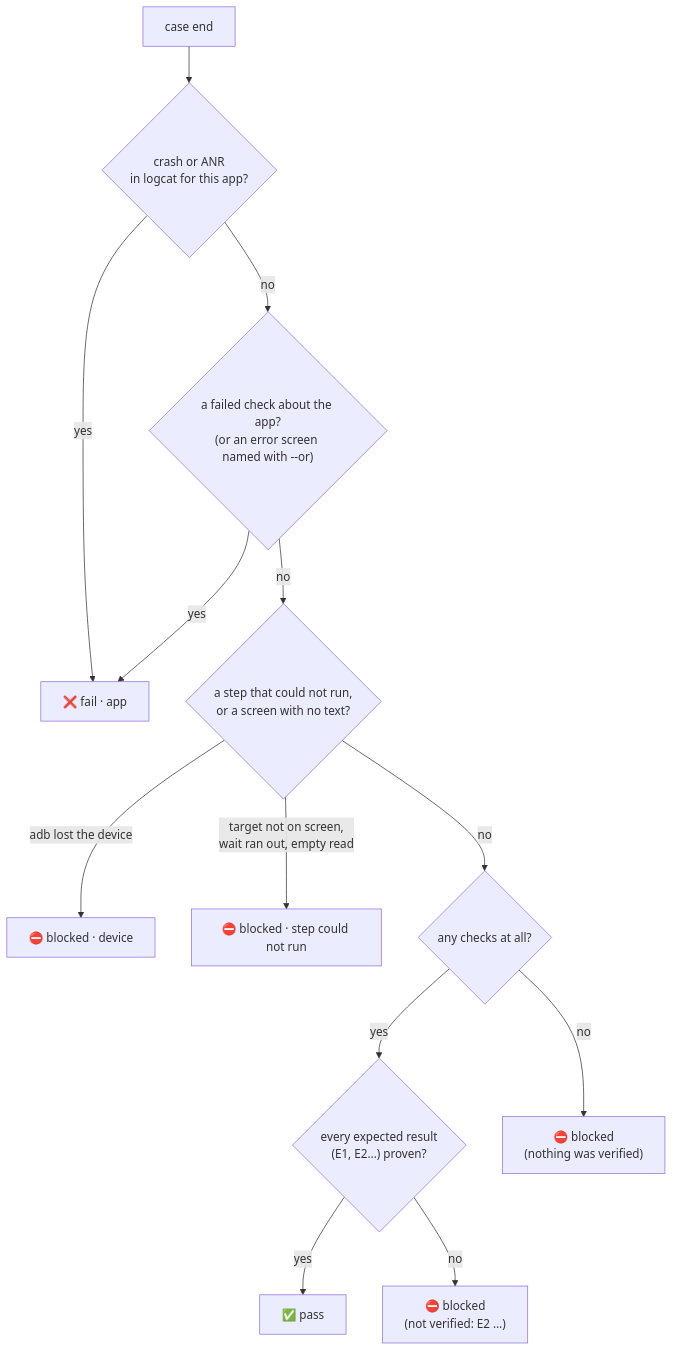
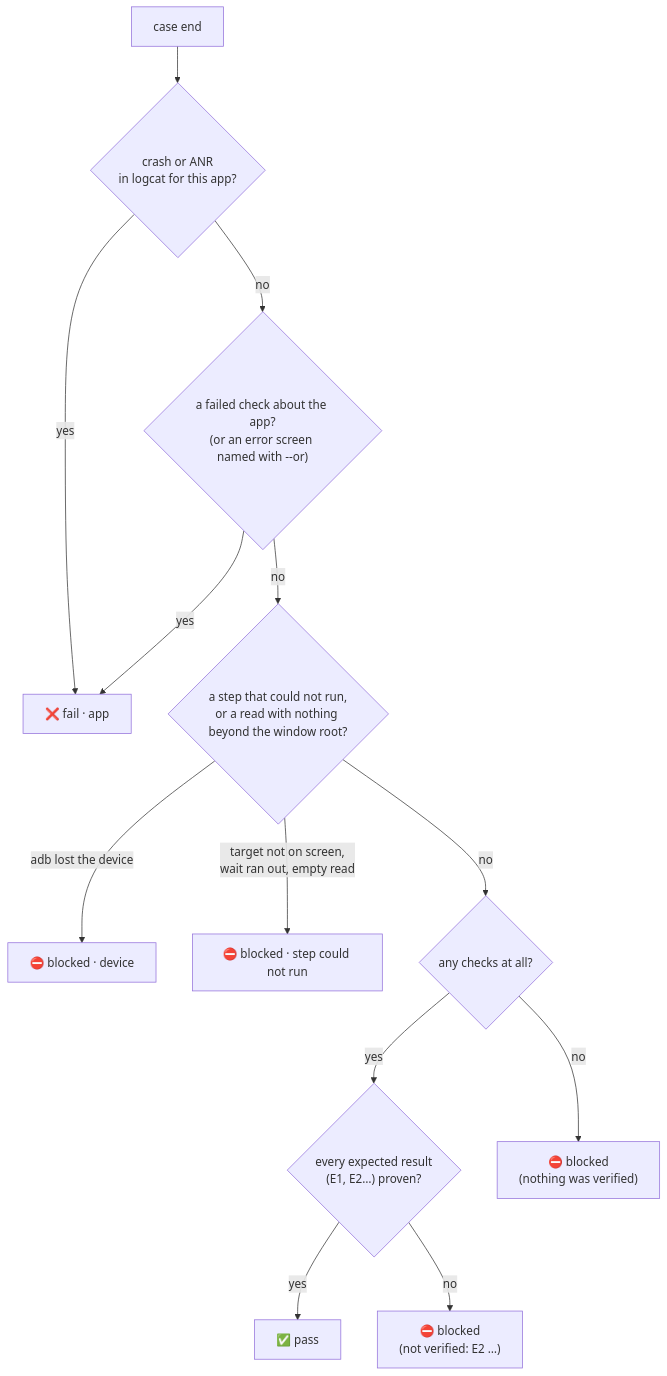
The third of 6 diagrams in ARCHITECTURE.md (abhi9avx/teesri-nazar), drawn with Mermaid before and after one commit. The commit also changed other lines of this file and 8 other files, not shown here.

````diff
--- a/ARCHITECTURE.md
+++ b/ARCHITECTURE.md
@@ -512,15 +512,15 @@
 ```mermaid
 flowchart TD
     E["case end"] --> C{"crash or ANR<br/>in logcat for this app?"}
     C -->|yes| F["❌ fail · app"]
     C -->|no| K{"a failed check about the app?<br/>(or an error screen named with --or)"}
     K -->|yes| F
-    K -->|no| S{"a step that could not run,<br/>or a screen with no text?"}
+    K -->|no| S{"a step that could not run,<br/>or a read with nothing beyond the window root?"}
     S -->|"adb lost the device"| BD["⛔ blocked · device"]
     S -->|"target not on screen,<br/>wait ran out, empty read"| BT["⛔ blocked · step could not run"]
     S -->|no| H{"any checks at all?"}
     H -->|yes| X{"every expected result<br/>(E1, E2…) proven?"}
     X -->|yes| P["✅ pass"]
     X -->|no| B2["⛔ blocked<br/>(not verified: E2 …)"]
     H -->|no| B["⛔ blocked<br/>(nothing was verified)"]
 ```
````
